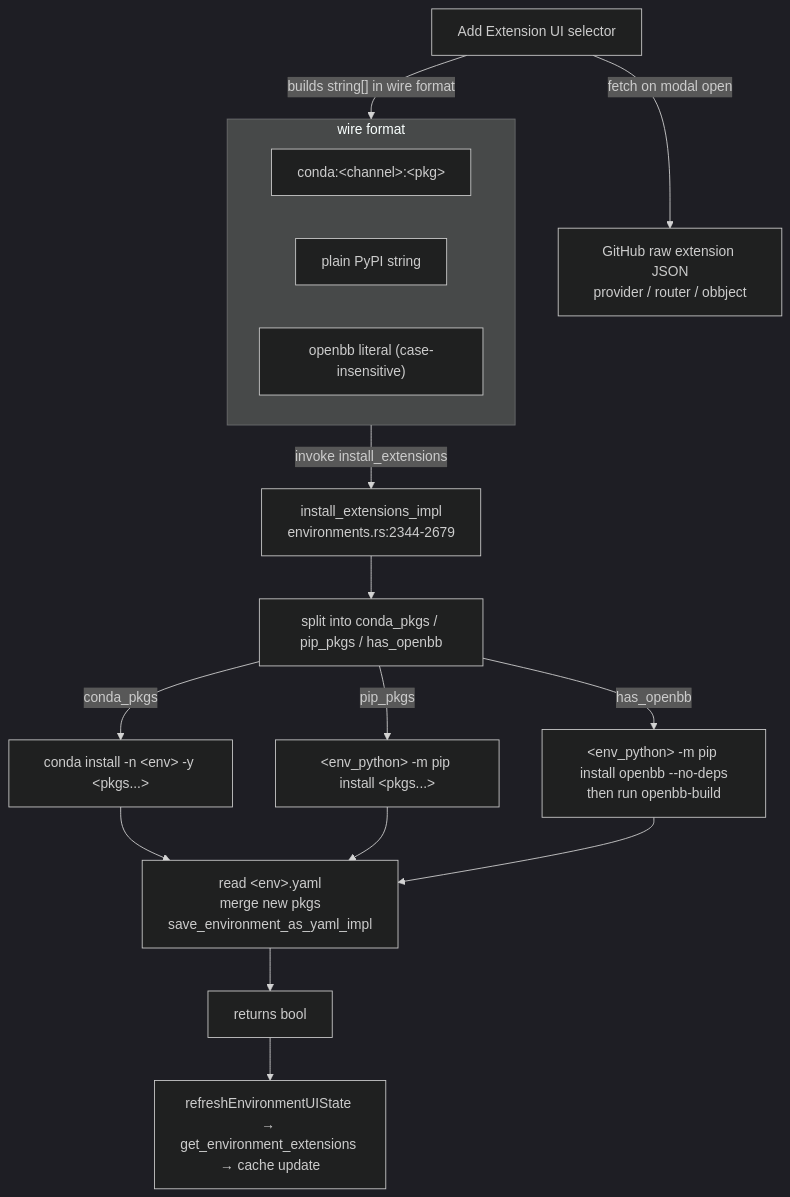
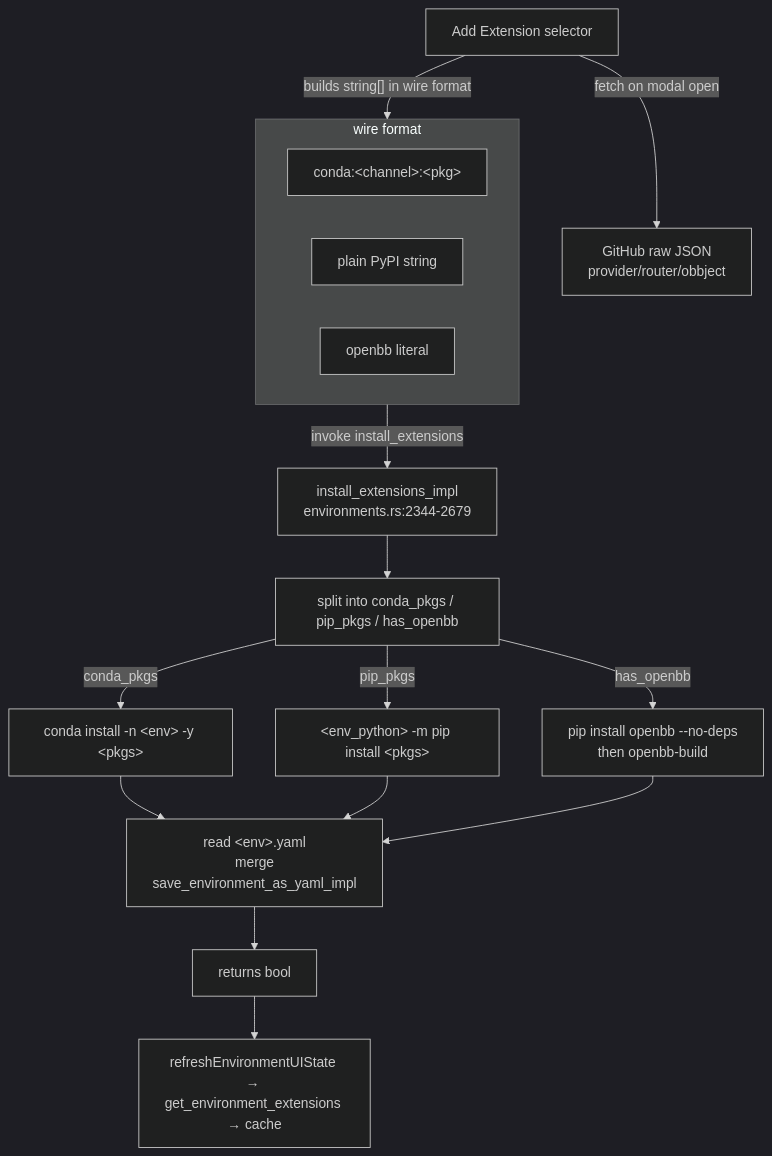
The diagram in docs/typescript-port/20-features/feature-extensions.md (basicallyrod/OpenBBPort), drawn with Mermaid (dark theme) before and after one commit. The commit also changed other lines of this file and 2 other files, not shown here.

First line of the commit message:
[Docs] Wave 2: more writer touch-ups (extensions, platform-rest-api)

````diff
--- a/docs/typescript-port/20-features/feature-extensions.md
+++ b/docs/typescript-port/20-features/feature-extensions.md
@@ -72,28 +66,22 @@
 ```mermaid
 flowchart TD
-  UI[Add Extension UI selector]
-  catalog[GitHub raw extension JSON<br/>provider / router / obbject]
-  UI -- fetch on modal open --> catalog
+  UI[Add Extension selector] -- fetch on modal open --> catalog[GitHub raw JSON<br/>provider/router/obbject]
   UI -- builds string[] in wire format --> encode
 
   subgraph encode[wire format]
     A[conda:&lt;channel&gt;:&lt;pkg&gt;]
     B[plain PyPI string]
-    C["openbb literal (case-insensitive)"]
+    C["openbb literal"]
   end
 
   encode -- invoke install_extensions --> handler[install_extensions_impl<br/>environments.rs:2344-2679]
-
   handler --> split[split into conda_pkgs / pip_pkgs / has_openbb]
-
-  split -- conda_pkgs --> condaCmd[conda install -n &lt;env&gt; -y &lt;pkgs...&gt;]
-  split -- pip_pkgs --> pipCmd[&lt;env_python&gt; -m pip install &lt;pkgs...&gt;]
-  split -- has_openbb --> openbbCmd["&lt;env_python&gt; -m pip install openbb --no-deps<br/>then run openbb-build"]
-
-  condaCmd --> yaml[read &lt;env&gt;.yaml<br/>merge new pkgs<br/>save_environment_as_yaml_impl]
+  split -- conda_pkgs --> condaCmd[conda install -n &lt;env&gt; -y &lt;pkgs&gt;]
+  split -- pip_pkgs --> pipCmd[&lt;env_python&gt; -m pip install &lt;pkgs&gt;]
+  split -- has_openbb --> openbbCmd["pip install openbb --no-deps<br/>then openbb-build"]
+  condaCmd --> yaml[read &lt;env&gt;.yaml<br/>merge<br/>save_environment_as_yaml_impl]
   pipCmd --> yaml
   openbbCmd --> yaml
-
   yaml --> done[returns bool]
-  done --> ui2[refreshEnvironmentUIState → get_environment_extensions → cache update]
+  done --> ui2[refreshEnvironmentUIState → get_environment_extensions → cache]
 ```
````
